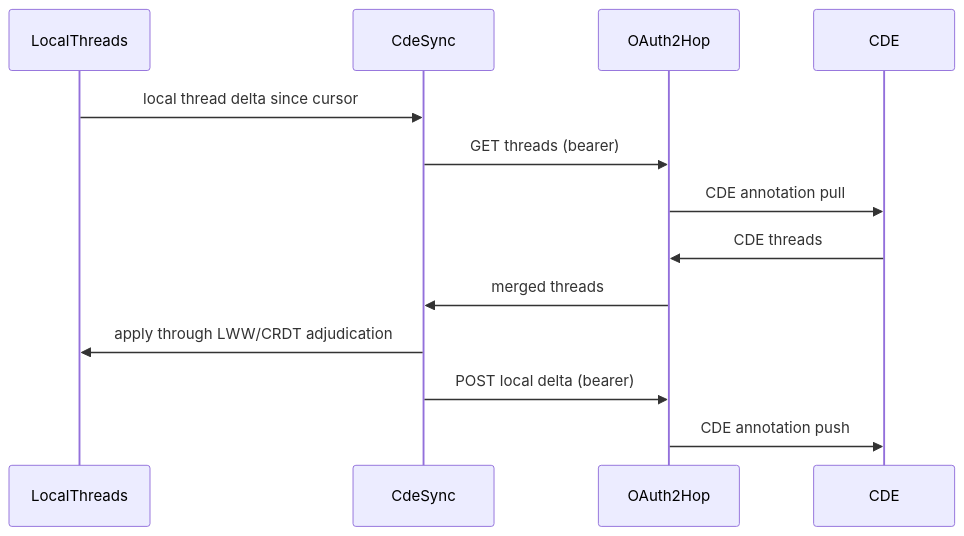
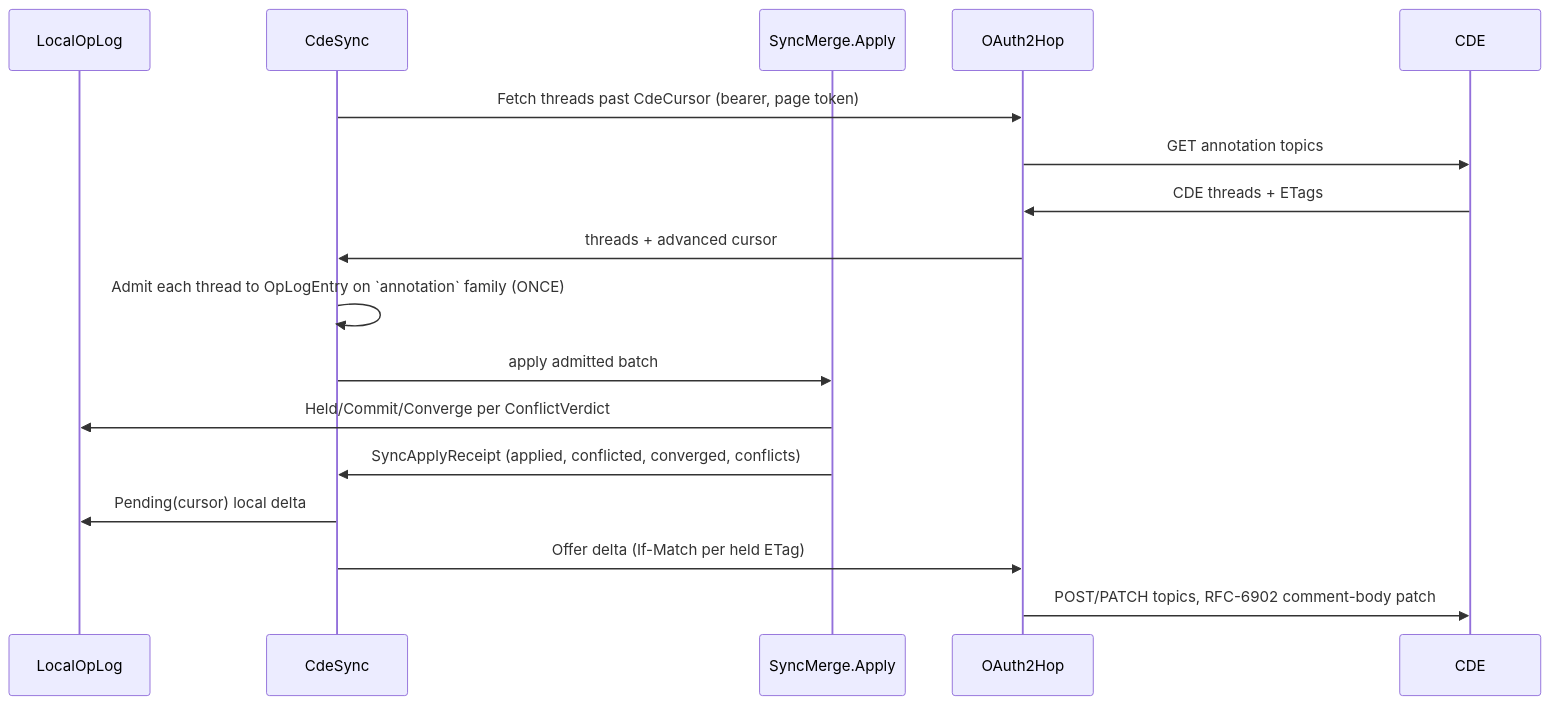
Before and after one commit to bsamiee/Rasm: the diagram in libs/csharp/Rasm.Persistence/.planning/Sync/annotation.md, drawn with Mermaid. The commit also changed other lines of this file and 30 other files, not shown here.

````diff
--- a/libs/csharp/Rasm.Persistence/.planning/Sync/annotation.md
+++ b/libs/csharp/Rasm.Persistence/.planning/Sync/annotation.md
@@ -141,15 +470,19 @@
 ```mermaid
 sequenceDiagram
-    participant L as LocalThreads
+    participant L as LocalOpLog
     participant S as CdeSync
+    participant M as SyncMerge.Apply
     participant H as OAuth2Hop
     participant C as CDE
-    L->>S: local thread delta since cursor
-    S->>H: GET threads (bearer)
-    H->>C: CDE annotation pull
-    C->>H: CDE threads
-    H->>S: merged threads
-    S->>L: apply through LWW/CRDT adjudication
-    S->>H: POST local delta (bearer)
-    H->>C: CDE annotation push
+    S->>H: Fetch threads past CdeCursor (bearer, page token)
+    H->>C: GET annotation topics
+    C->>H: CDE threads + ETags
+    H->>S: threads + advanced cursor
+    S->>S: Admit each thread to OpLogEntry on `annotation` family (ONCE)
+    S->>M: apply admitted batch
+    M->>L: Held/Commit/Converge per ConflictVerdict
+    M->>S: SyncApplyReceipt (applied, conflicted, converged, conflicts)
+    S->>L: Pending(cursor) local delta
+    S->>H: Offer delta (If-Match per held ETag)
+    H->>C: POST/PATCH topics, RFC-6902 comment-body patch
 ```
````
